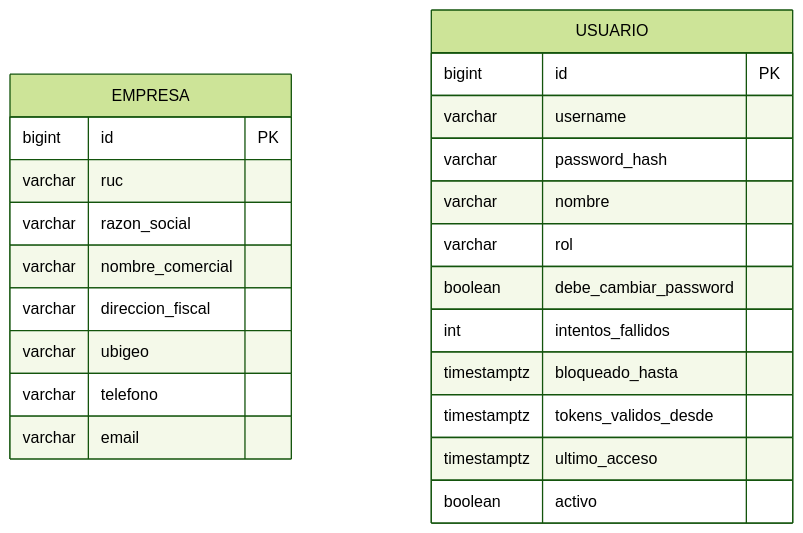
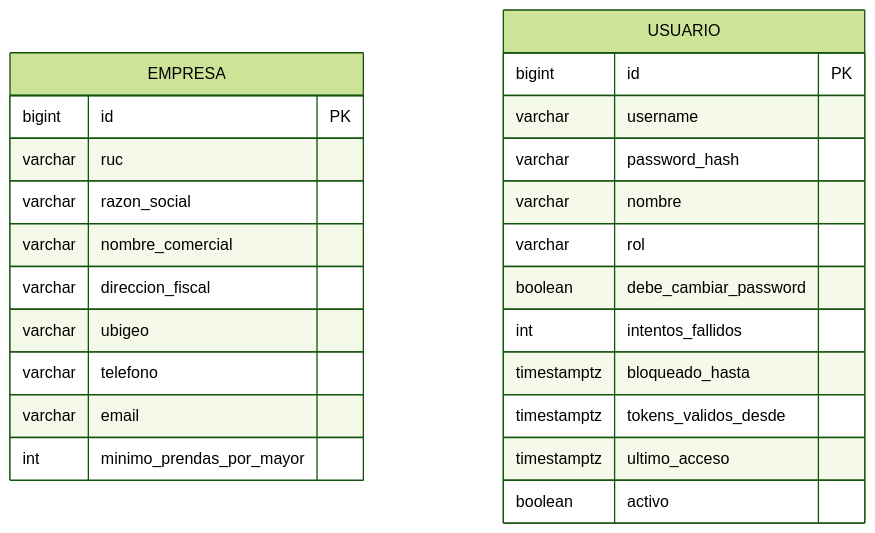
The fourth of 4 diagrams in docs/modelo-datos.md (JhonAlex1997/All-Store), drawn with Mermaid (forest theme) before and after one commit. The commit also changed other lines of this file and 32 other files, not shown here.

First line of the commit message:
Agrega el precio por mayor (automatico desde 3 prendas o a pedido del cajero)

````diff
--- a/docs/modelo-datos.md
+++ b/docs/modelo-datos.md
@@ -418,26 +426,27 @@
 ```mermaid
 erDiagram
   EMPRESA {
     bigint id PK
     varchar ruc
     varchar razon_social
     varchar nombre_comercial
     varchar direccion_fiscal
     varchar ubigeo
     varchar telefono
     varchar email
+    int minimo_prendas_por_mayor
   }
   USUARIO {
     bigint id PK
     varchar username
     varchar password_hash
     varchar nombre
     varchar rol
     boolean debe_cambiar_password
     int intentos_fallidos
     timestamptz bloqueado_hasta
     timestamptz tokens_validos_desde
     timestamptz ultimo_acceso
     boolean activo
   }
 ```
````
